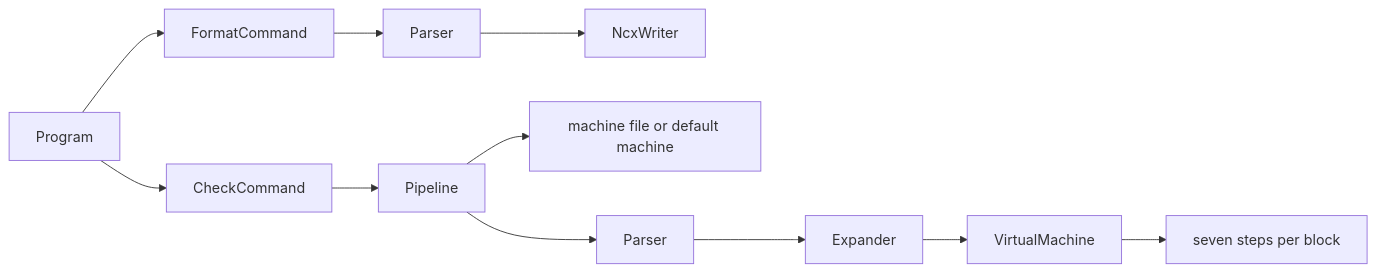
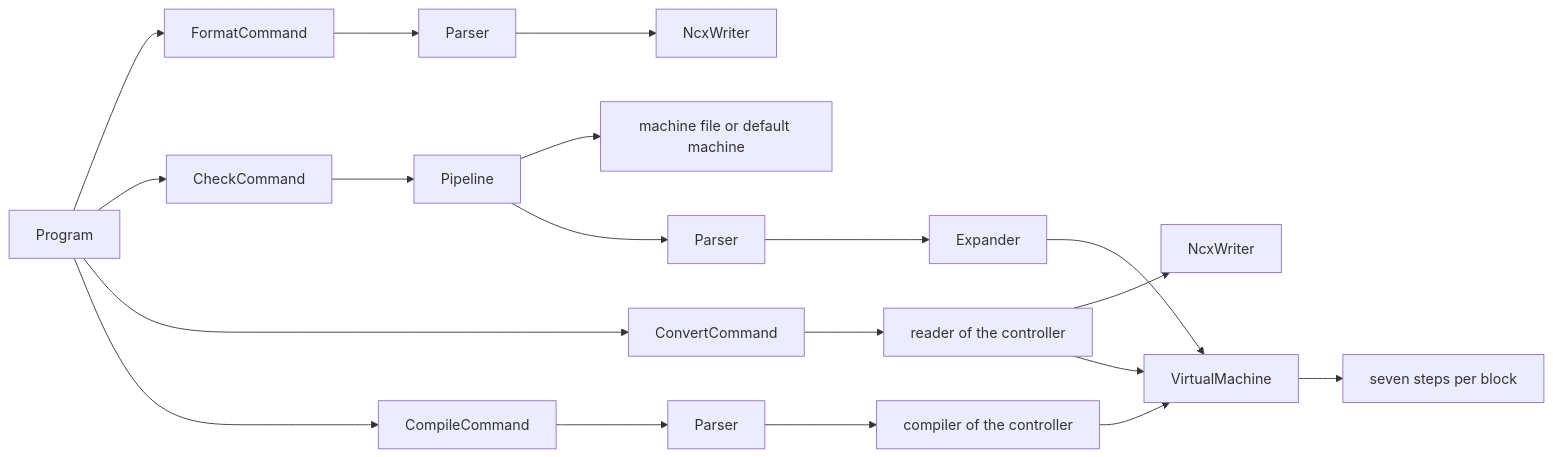
Before and after one commit to NC-PB/NCXchange_: the diagram in docs/reading-the-code.md, drawn with Mermaid. The commit also changed other lines of this file and 37 other files, not shown here.

````diff
--- a/docs/reading-the-code.md
+++ b/docs/reading-the-code.md
@@ -17,10 +17,16 @@
 ```mermaid
 flowchart LR
     P[Program] --> F[FormatCommand]
     P --> C[CheckCommand]
+    P --> CV[ConvertCommand]
+    P --> CP[CompileCommand]
     F --> PA[Parser] --> W[NcxWriter]
     C --> PL[Pipeline]
     PL --> M[machine file or default machine]
     PL --> PA2[Parser] --> X[Expander] --> V[VirtualMachine]
     V --> E[seven steps per block]
+    CV --> R[reader of the controller] --> W2[NcxWriter]
+    R --> V
+    CP --> PA3[Parser] --> K[compiler of the controller]
+    K --> V
 ```
````
